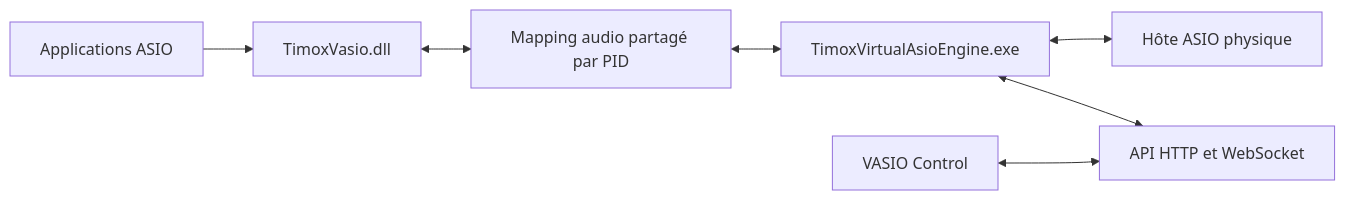
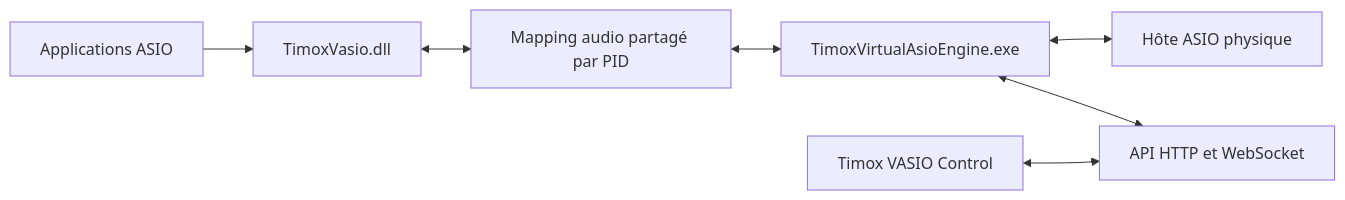
The diagram in STRUCTURE.md (timox/TimoxVasio), drawn with Mermaid before and after one commit. The commit also changed other lines of this file and 42 other files, not shown here.

Commit message:
release: prepare TimoxVasio 1.0.0

````diff
--- a/STRUCTURE.md
+++ b/STRUCTURE.md
@@ -7,9 +7,9 @@
 ```mermaid
 flowchart LR
     Host[Applications ASIO] --> Driver[TimoxVasio.dll]
     Driver <--> Mapping[Mapping audio partagé par PID]
     Mapping <--> Engine[TimoxVirtualAsioEngine.exe]
     Engine <--> Physical[Hôte ASIO physique]
     Engine <--> API[API HTTP et WebSocket]
-    GUI[VASIO Control] <--> API
+    GUI[Timox VASIO Control] <--> API
 ```
````
